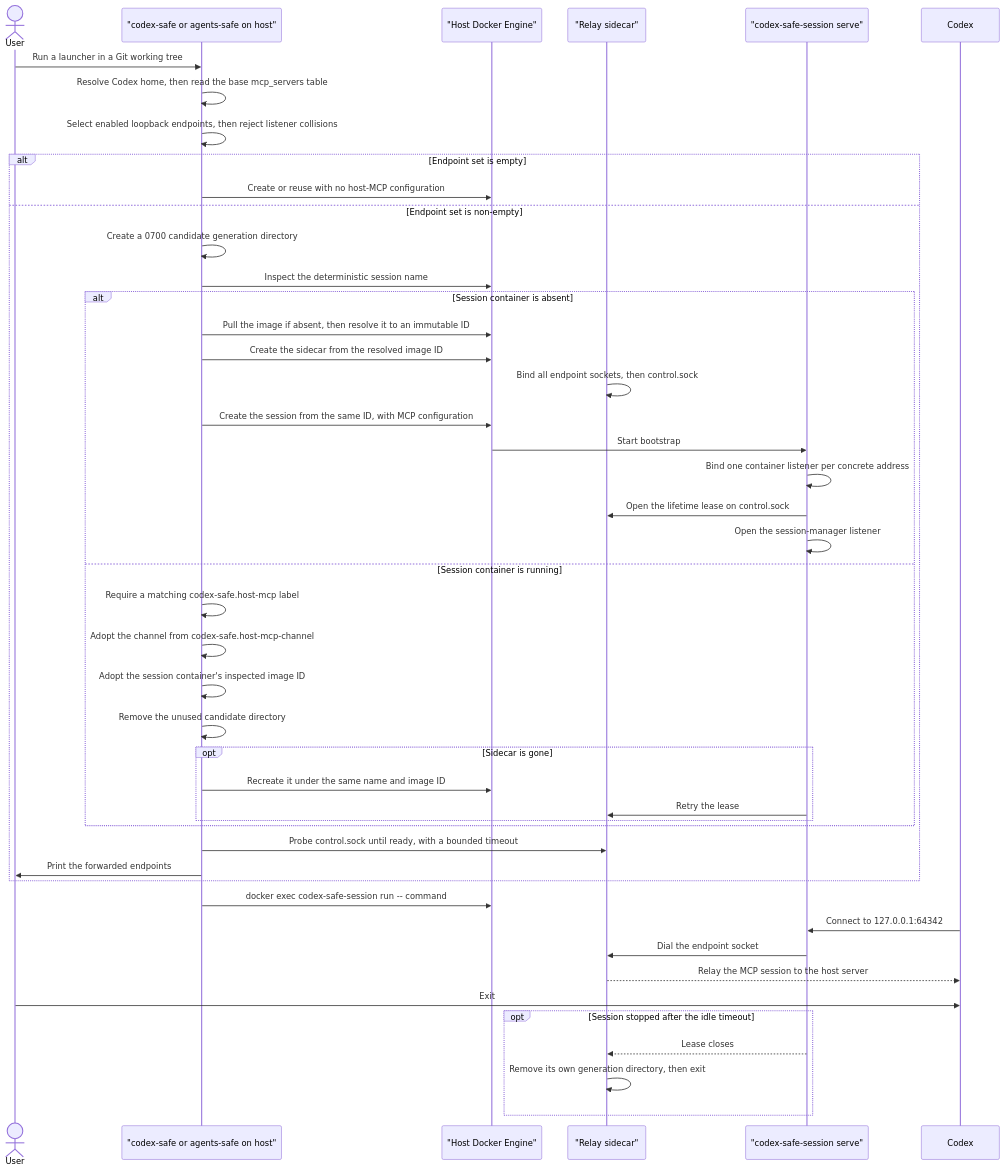
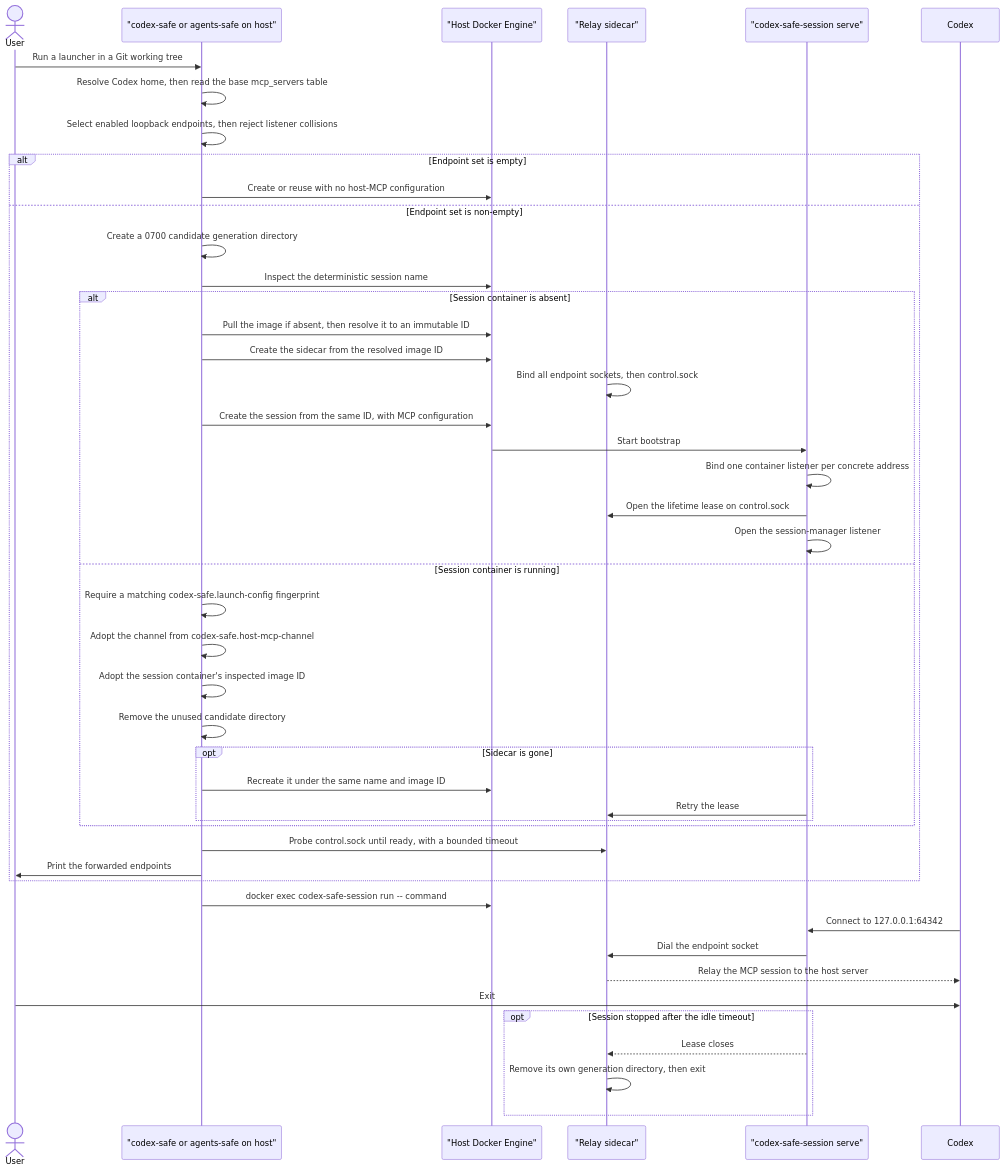
Before and after one commit to vkuptcov/agents-safe-environment: the second of 2 diagrams in docs/design-docs/host-mcp-forwarding.md, drawn with Mermaid. The commit also changed other lines of this file and 54 other files, not shown here.

````diff
--- a/docs/design-docs/host-mcp-forwarding.md
+++ b/docs/design-docs/host-mcp-forwarding.md
@@ -567,49 +567,49 @@
 ```mermaid
 sequenceDiagram
     actor User
     participant Launcher as "codex-safe or agents-safe on host"
     participant HostDocker as "Host Docker Engine"
     participant Relay as "Relay sidecar"
     participant Serve as "codex-safe-session serve"
     participant Codex
 
     User->>Launcher: Run a launcher in a Git working tree
     Launcher->>Launcher: Resolve Codex home, then read the base mcp_servers table
     Launcher->>Launcher: Select enabled loopback endpoints, then reject listener collisions
     alt Endpoint set is empty
         Launcher->>HostDocker: Create or reuse with no host-MCP configuration
     else Endpoint set is non-empty
         Launcher->>Launcher: Create a 0700 candidate generation directory
         Launcher->>HostDocker: Inspect the deterministic session name
         alt Session container is absent
             Launcher->>HostDocker: Pull the image if absent, then resolve it to an immutable ID
             Launcher->>HostDocker: Create the sidecar from the resolved image ID
             Relay->>Relay: Bind all endpoint sockets, then control.sock
             Launcher->>HostDocker: Create the session from the same ID, with MCP configuration
             HostDocker->>Serve: Start bootstrap
             Serve->>Serve: Bind one container listener per concrete address
             Serve->>Relay: Open the lifetime lease on control.sock
             Serve->>Serve: Open the session-manager listener
         else Session container is running
-            Launcher->>Launcher: Require a matching codex-safe.host-mcp label
+            Launcher->>Launcher: Require a matching codex-safe.launch-config fingerprint
             Launcher->>Launcher: Adopt the channel from codex-safe.host-mcp-channel
             Launcher->>Launcher: Adopt the session container's inspected image ID
             Launcher->>Launcher: Remove the unused candidate directory
             opt Sidecar is gone
                 Launcher->>HostDocker: Recreate it under the same name and image ID
                 Serve->>Relay: Retry the lease
             end
         end
         Launcher->>Relay: Probe control.sock until ready, with a bounded timeout
         Launcher->>User: Print the forwarded endpoints
     end
     Launcher->>HostDocker: docker exec codex-safe-session run -- command
     Codex->>Serve: Connect to 127.0.0.1:64342
     Serve->>Relay: Dial the endpoint socket
     Relay-->>Codex: Relay the MCP session to the host server
     User->>Codex: Exit
     opt Session stopped after the idle timeout
         Serve-->>Relay: Lease closes
         Relay->>Relay: Remove its own generation directory, then exit
     end
 ```
````
